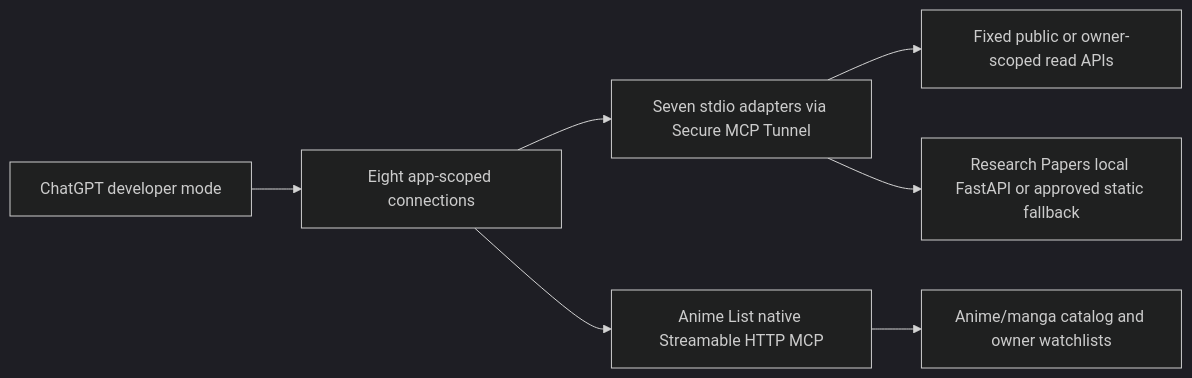
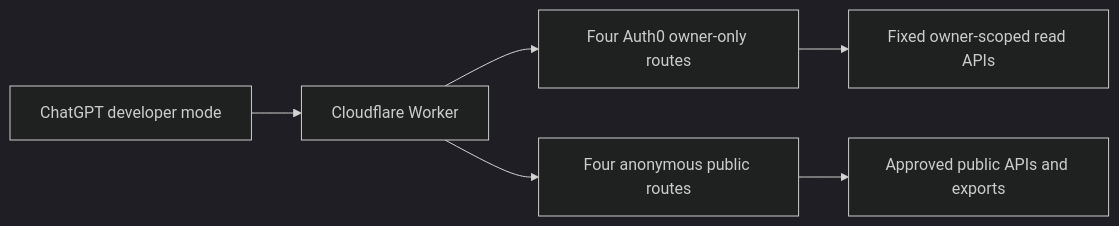
Before and after one commit to sass-maker/site-health: the diagram in foundry/openspec/changes/expose-fleet-apps-to-chatgpt/design.md, drawn with Mermaid (dark theme). The commit also changed other lines of this file and 15 other files, not shown here.

Commit message:
feat(mcp): use Auth0 for hosted personal routes

````diff
--- a/foundry/openspec/changes/expose-fleet-apps-to-chatgpt/design.md
+++ b/foundry/openspec/changes/expose-fleet-apps-to-chatgpt/design.md
@@ -46,9 +46,8 @@
 ```mermaid
 flowchart LR
-    C[ChatGPT developer mode] --> T[Eight app-scoped connections]
-    T --> L[Seven stdio adapters via Secure MCP Tunnel]
-    T --> A[Anime List native Streamable HTTP MCP]
-    L --> P[Fixed public or owner-scoped read APIs]
-    L --> R[Research Papers local FastAPI or approved static fallback]
-    A --> AC[Anime/manga catalog and owner watchlists]
+    C[ChatGPT developer mode] --> W[Cloudflare Worker]
+    W --> O[Four Auth0 owner-only routes]
+    W --> P[Four anonymous public routes]
+    O --> R[Fixed owner-scoped read APIs]
+    P --> E[Approved public APIs and exports]
 ```
````
